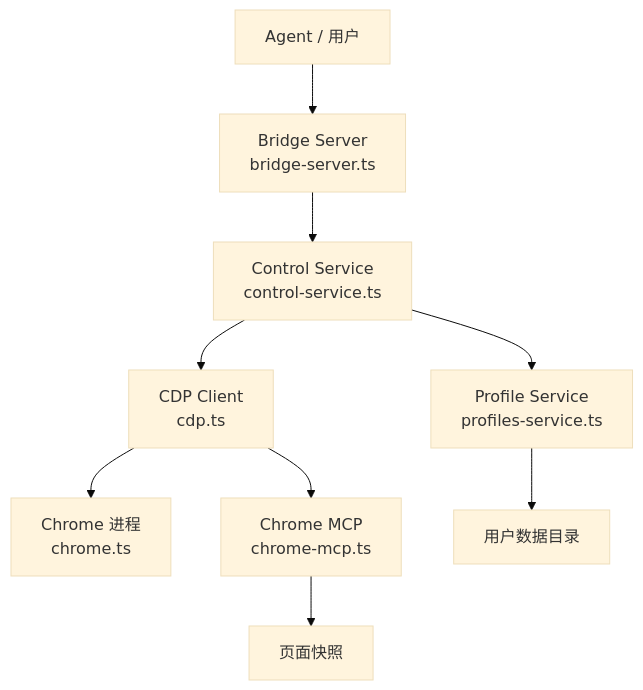
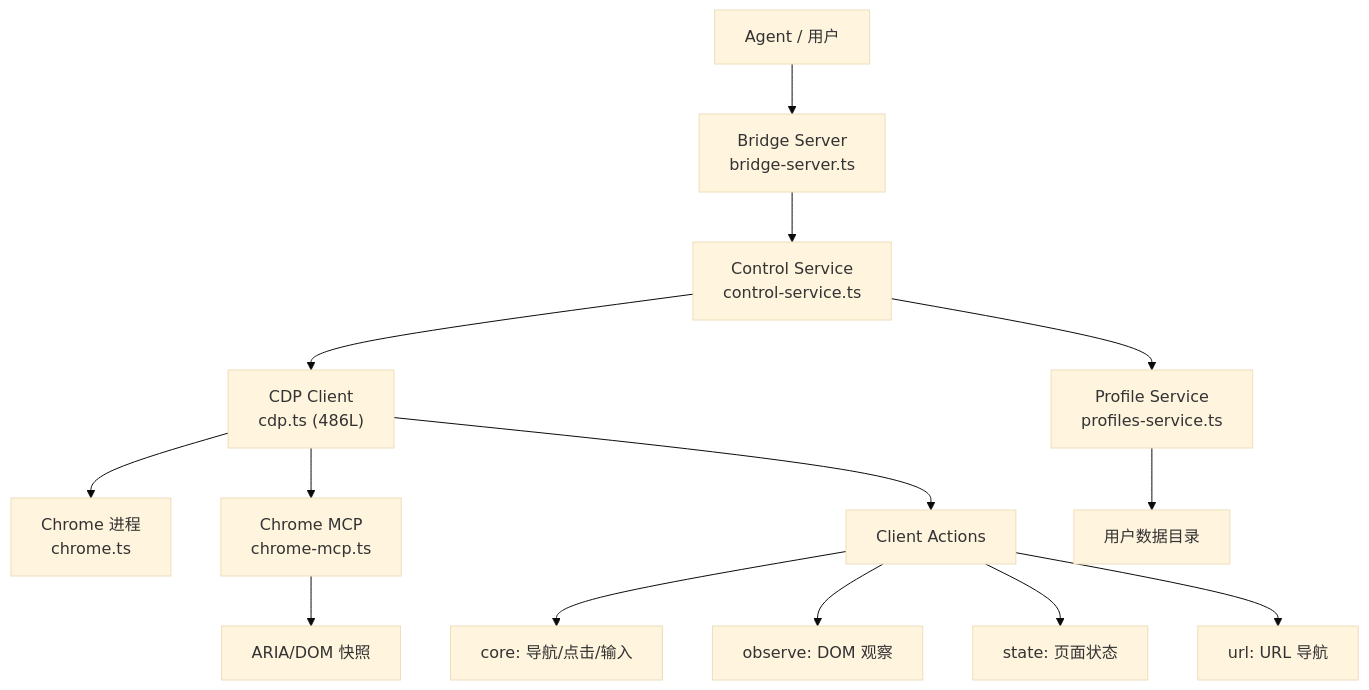
The diagram in zh-docs/modules/browser/README.md (royalwang/openclaw), drawn with Mermaid (base theme) before and after one commit. The commit also changed other lines of this file and 5 other files, not shown here.

````diff
--- a/zh-docs/modules/browser/README.md
+++ b/zh-docs/modules/browser/README.md
@@ -7,13 +7,19 @@
 ```mermaid
 flowchart TD
     AGENT["Agent / 用户"] --> BRIDGE["Bridge Server<br/>bridge-server.ts"]
     BRIDGE --> CONTROL["Control Service<br/>control-service.ts"]
-    CONTROL --> CDP["CDP Client<br/>cdp.ts"]
+    CONTROL --> CDP["CDP Client<br/>cdp.ts (486L)"]
     CDP --> CHROME["Chrome 进程<br/>chrome.ts"]
     
     CONTROL --> PROFILES["Profile Service<br/>profiles-service.ts"]
     PROFILES --> DATA["用户数据目录"]
     
     CDP --> MCP["Chrome MCP<br/>chrome-mcp.ts"]
-    MCP --> SNAPSHOT["页面快照"]
+    MCP --> SNAPSHOT["ARIA/DOM 快照"]
+    
+    CDP --> ACTIONS["Client Actions"]
+    ACTIONS --> CORE_A["core: 导航/点击/输入"]
+    ACTIONS --> OBSERVE_A["observe: DOM 观察"]
+    ACTIONS --> STATE_A["state: 页面状态"]
+    ACTIONS --> URL_A["url: URL 导航"]
 ```
````
